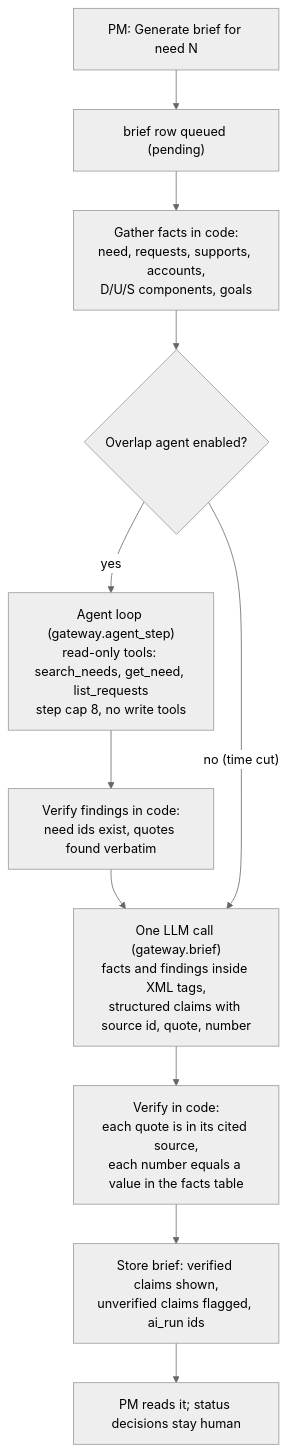
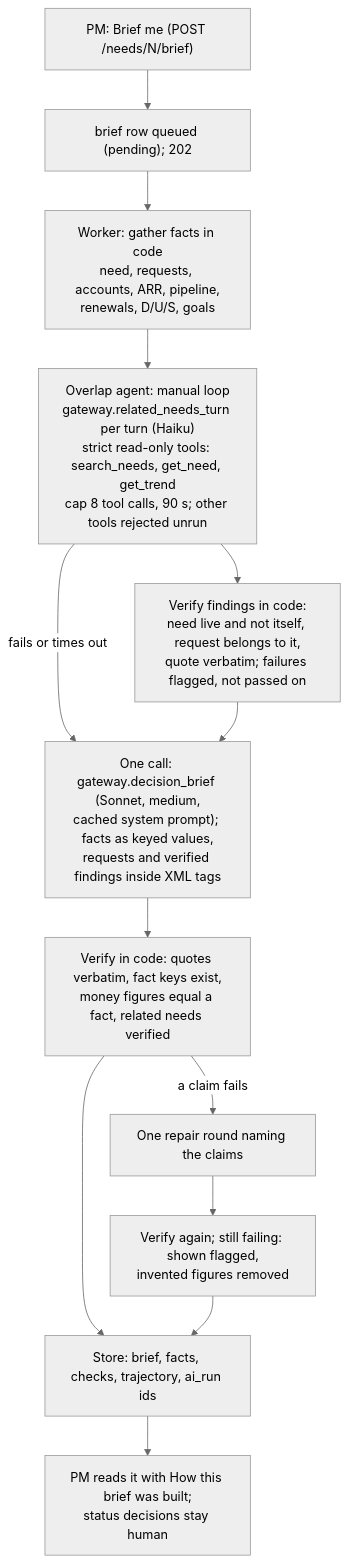
Before and after one commit to ROBERTG99/MetaCTO-Assignment: the third of 3 diagrams in docs/architecture.md, drawn with Mermaid (neutral theme). The commit also changed other lines of this file and 38 other files, not shown here.

First line of the commit message:
feat(ai): decision briefs with a bounded related-needs agent

````diff
--- a/docs/architecture.md
+++ b/docs/architecture.md
@@ -98,13 +98,14 @@
 ```mermaid
 flowchart TD
-  A["PM: Generate brief for need N"] --> B["brief row queued (pending)"]
-  B --> C["Gather facts in code:<br/>need, requests, supports, accounts,<br/>D/U/S components, goals"]
-  C --> D{"Overlap agent enabled?"}
-  D -- yes --> E["Agent loop (gateway.agent_step)<br/>read-only tools: search_needs, get_need, list_requests<br/>step cap 8, no write tools"]
-  E --> F["Verify findings in code:<br/>need ids exist, quotes found verbatim"]
-  F --> G
-  D -- "no (time cut)" --> G["One LLM call (gateway.brief)<br/>facts and findings inside XML tags,<br/>structured claims with source id, quote, number"]
-  G --> H["Verify in code:<br/>each quote is in its cited source,<br/>each number equals a value in the facts table"]
-  H --> I["Store brief: verified claims shown,<br/>unverified claims flagged, ai_run ids"]
-  I --> J["PM reads it; status decisions stay human"]
+  A["PM: Brief me (POST /needs/N/brief)"] --> B["brief row queued (pending); 202"]
+  B --> C["Worker: gather facts in code<br/>need, requests, accounts, ARR, pipeline,<br/>renewals, D/U/S, goals"]
+  C --> E["Overlap agent: manual loop<br/>gateway.related_needs_turn per turn (Haiku)<br/>strict read-only tools: search_needs, get_need, get_trend<br/>cap 8 tool calls, 90 s; other tools rejected unrun"]
+  E --> F["Verify findings in code:<br/>need live and not itself, request belongs to it,<br/>quote verbatim; failures flagged, not passed on"]
+  E -- "fails or times out" --> G
+  F --> G["One call: gateway.decision_brief (Sonnet, medium,<br/>cached system prompt); facts as keyed values,<br/>requests and verified findings inside XML tags"]
+  G --> H["Verify in code: quotes verbatim, fact keys exist,<br/>money figures equal a fact, related needs verified"]
+  H -- "a claim fails" --> R["One repair round naming the claims"] --> H2["Verify again; still failing: shown flagged,<br/>invented figures removed"]
+  H --> I
+  H2 --> I["Store: brief, facts, checks, trajectory, ai_run ids"]
+  I --> J["PM reads it with How this brief was built;<br/>status decisions stay human"]
 ```
````
